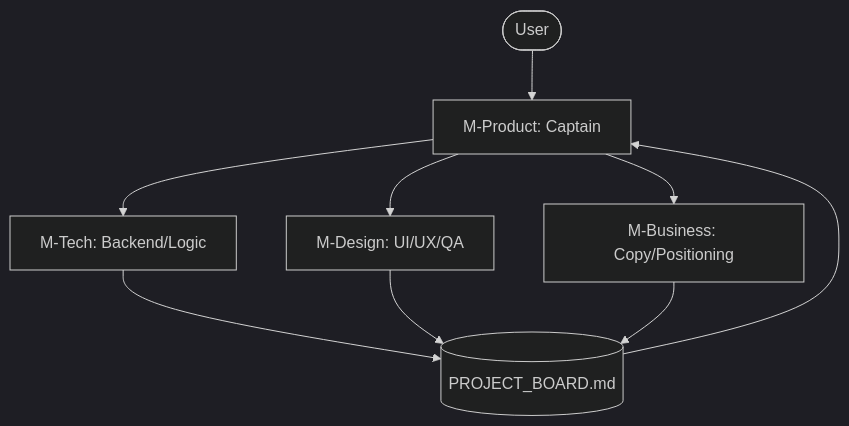
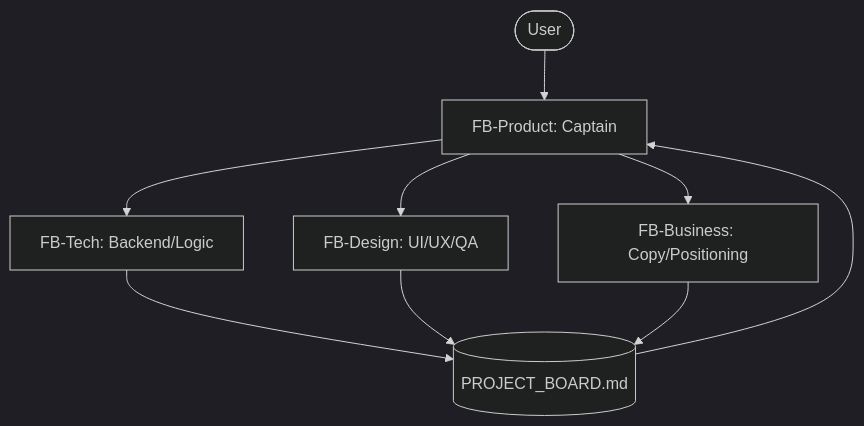
One commit to friedbeef1/fb-lane-coordination changed the diagram in README.md. Above: the diagram before and after it, drawn with Mermaid (dark theme). The commit also changed other lines of this file and 8 other files, not shown here.

````diff
--- a/README.md
+++ b/README.md
@@ -13,11 +13,11 @@
 ```mermaid
 graph TD
-    User([User]) --> MP[M-Product: Captain]
-    MP --> MT[M-Tech: Backend/Logic]
-    MP --> MD[M-Design: UI/UX/QA]
-    MP --> MB[M-Business: Copy/Positioning]
+    User([User]) --> MP[FB-Product: Captain]
+    MP --> MT[FB-Tech: Backend/Logic]
+    MP --> MD[FB-Design: UI/UX/QA]
+    MP --> MB[FB-Business: Copy/Positioning]
     MT --> PB[(PROJECT_BOARD.md)]
     MD --> PB
     MB --> PB
     PB --> MP
 ```
````
